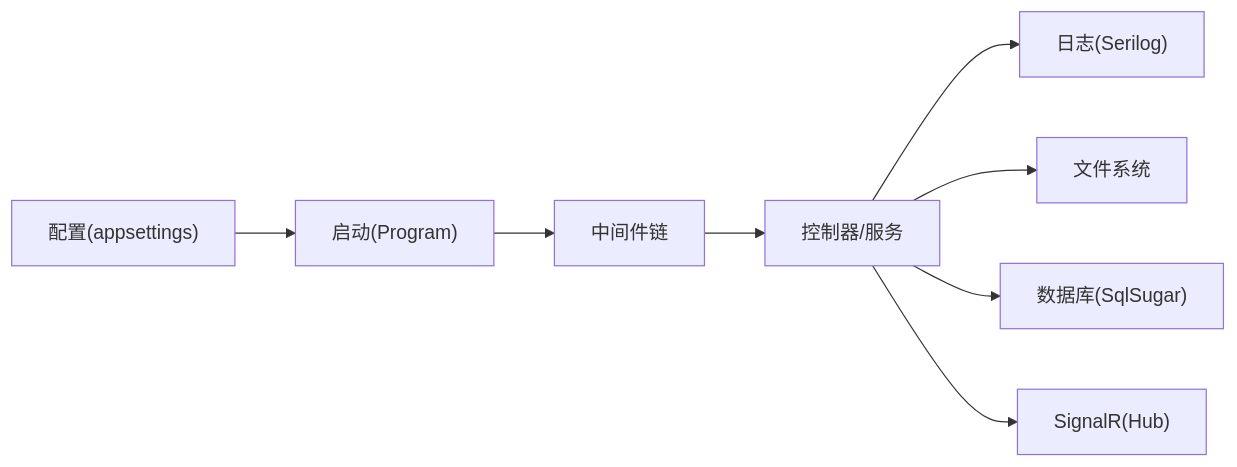
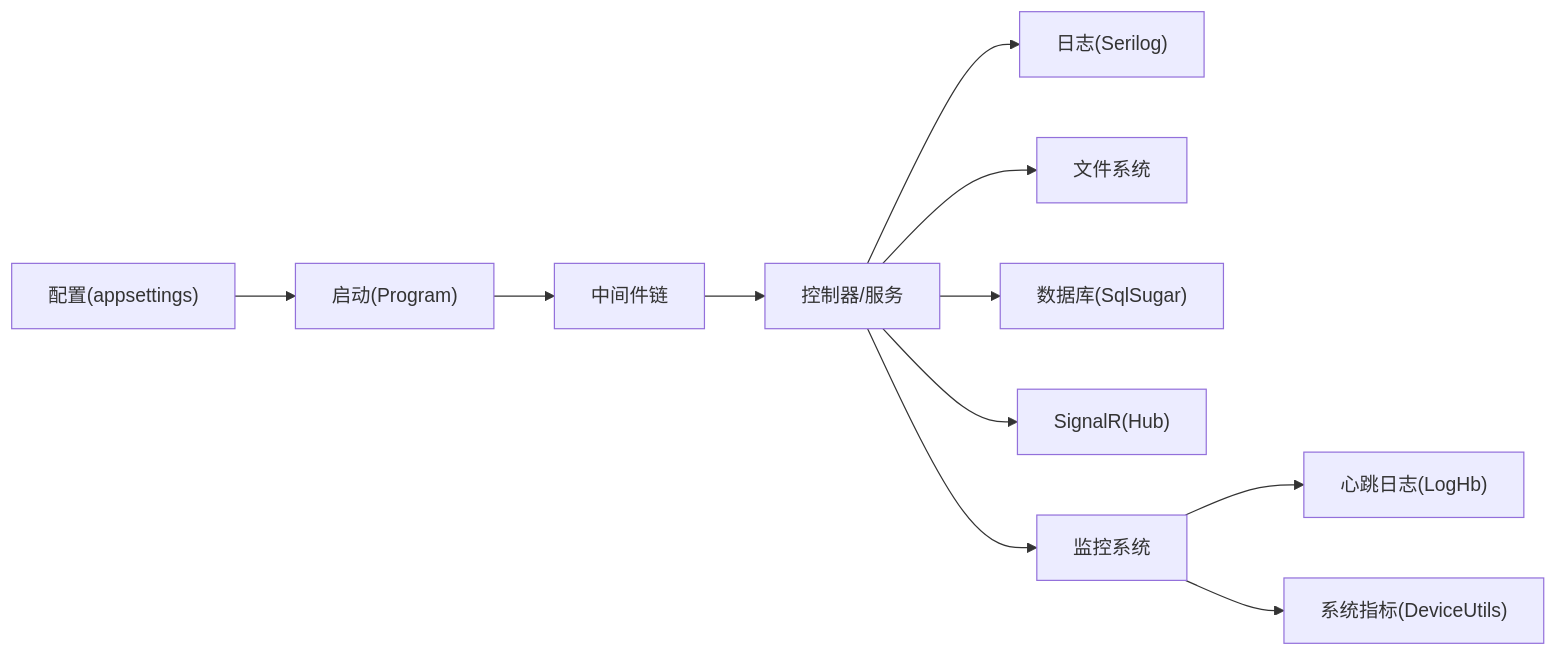
Before and after one commit to leadiot/Scm.Net: the sixth of 6 diagrams in .qoder/repowiki/zh/content/故障排除和常见问题/故障排除和常见问题.md, drawn with Mermaid. The commit also changed other lines of this file and 126 other files, not shown here.

````diff
--- a/.qoder/repowiki/zh/content/故障排除和常见问题/故障排除和常见问题.md
+++ b/.qoder/repowiki/zh/content/故障排除和常见问题/故障排除和常见问题.md
@@ -243,10 +285,13 @@
 ```mermaid
 graph LR
 Conf["配置(appsettings)"] --> Boot["启动(Program)"]
 Boot --> Mid["中间件链"]
 Mid --> Ctrl["控制器/服务"]
 Ctrl --> Log["日志(Serilog)"]
 Ctrl --> FS["文件系统"]
 Ctrl --> DB["数据库(SqlSugar)"]
 Ctrl --> Sig["SignalR(Hub)"]
+Ctrl --> Mon["监控系统"]
+Mon --> HB["心跳日志(LogHb)"]
+Mon --> Sys["系统指标(DeviceUtils)"]
 ```
````
